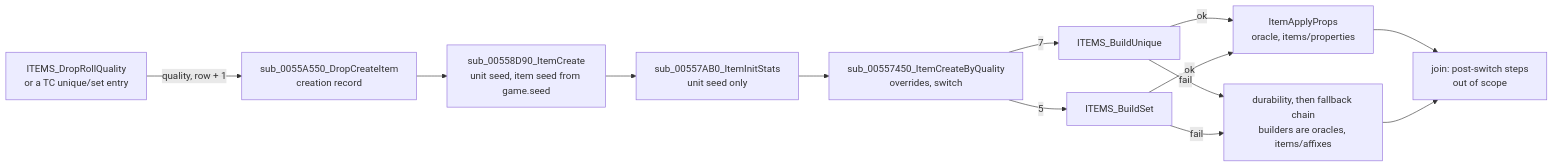
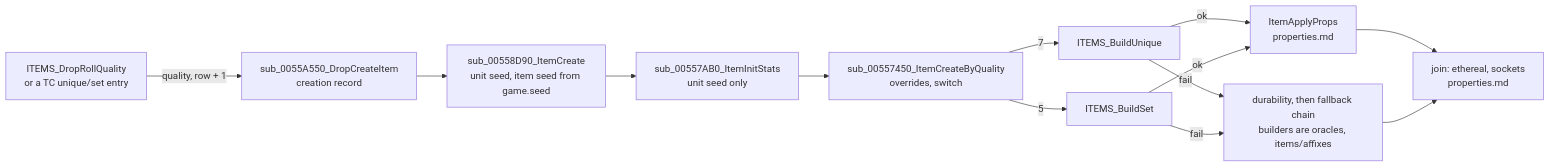
One commit to IgorKonovalov/diablo-2-recompilation changed the first of 4 diagrams in docs/specs/items/uniques-sets.md. Above: the diagram before and after it, drawn with Mermaid. The commit also changed other lines of this file and 6 other files, not shown here.

First line of the commit message:
docs(specs): items/properties draft (plan 0024 Phase 3)

````diff
--- a/docs/specs/items/uniques-sets.md
+++ b/docs/specs/items/uniques-sets.md
@@ -25,15 +25,15 @@
 ```mermaid
 flowchart LR
   Q["ITEMS_DropRollQuality<br/>or a TC unique/set entry"] -->|"quality, row + 1"| D["sub_0055A550_DropCreateItem<br/>creation record"]
   D --> IC["sub_00558D90_ItemCreate<br/>unit seed, item seed from game.seed"]
   IC --> IS["sub_00557AB0_ItemInitStats<br/>unit seed only"]
   IS --> CB["sub_00557450_ItemCreateByQuality<br/>overrides, switch"]
   CB -->|7| BU["ITEMS_BuildUnique"]
   CB -->|5| BS["ITEMS_BuildSet"]
-  BU -->|ok| P["ItemApplyProps<br/>oracle, items/properties"]
+  BU -->|ok| P["ItemApplyProps<br/>properties.md"]
   BS -->|ok| P
   BU -->|fail| FB["durability, then fallback chain<br/>builders are oracles, items/affixes"]
   BS -->|fail| FB
-  P --> J["join: post-switch steps<br/>out of scope"]
+  P --> J["join: ethereal, sockets<br/>properties.md"]
   FB --> J
 ```
````
